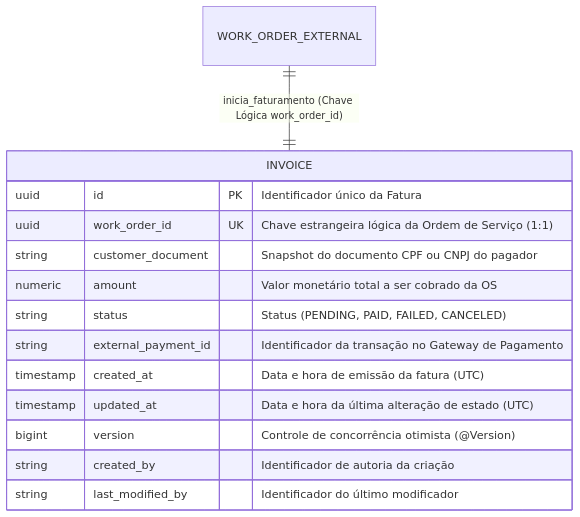
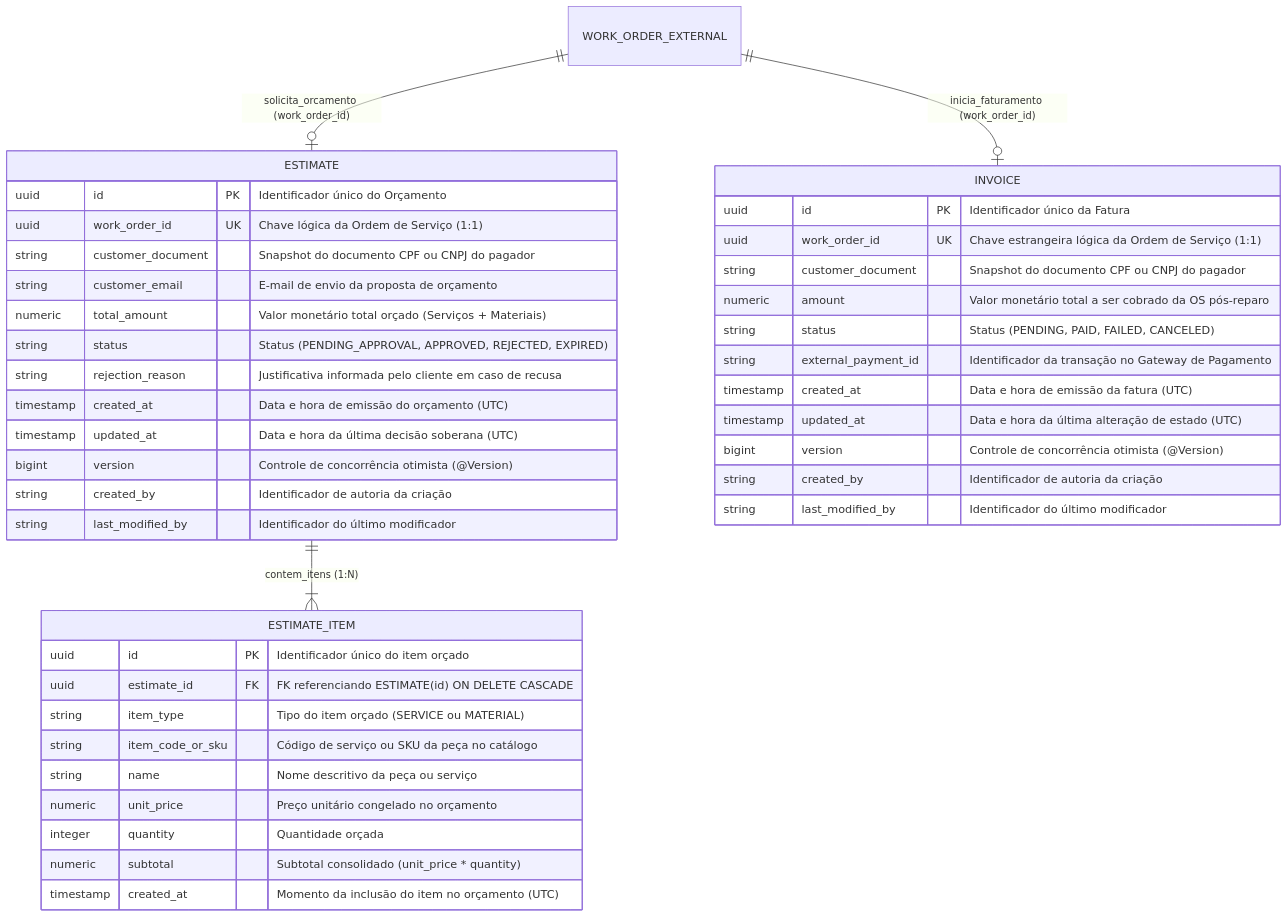
One commit to rodsordi/15soat-phase4-api-billing changed the diagram in MODEL.md. Above: the diagram before and after it, drawn with Mermaid. The commit also changed other lines of this file and 27 other files, not shown here.

````diff
--- a/MODEL.md
+++ b/MODEL.md
@@ -12,24 +12,57 @@
 ```mermaid
 erDiagram
     %% =========================================================================
-    %% Tabela de Faturas (Agregado Raiz de Cobrança)
+    %% Agregado de Orçamento Preliminar (Estimate)
+    %% =========================================================================
+    ESTIMATE {
+        uuid id PK "Identificador único do Orçamento"
+        uuid work_order_id UK "Chave lógica da Ordem de Serviço (1:1)"
+        string customer_document "Snapshot do documento CPF ou CNPJ do pagador"
+        string customer_email "E-mail de envio da proposta de orçamento"
+        numeric total_amount "Valor monetário total orçado (Serviços + Materiais)"
+        string status "Status (PENDING_APPROVAL, APPROVED, REJECTED, EXPIRED)"
+        string rejection_reason "Justificativa informada pelo cliente em caso de recusa"
+        timestamp created_at "Data e hora de emissão do orçamento (UTC)"
+        timestamp updated_at "Data e hora da última decisão soberana (UTC)"
+        bigint version "Controle de concorrência otimista (@Version)"
+        string created_by "Identificador de autoria da criação"
+        string last_modified_by "Identificador do último modificador"
+    }
+
+    ESTIMATE_ITEM {
+        uuid id PK "Identificador único do item orçado"
+        uuid estimate_id FK "FK referenciando ESTIMATE(id) ON DELETE CASCADE"
+        string item_type "Tipo do item orçado (SERVICE ou MATERIAL)"
+        string item_code_or_sku "Código de serviço ou SKU da peça no catálogo"
+        string name "Nome descritivo da peça ou serviço"
+        numeric unit_price "Preço unitário congelado no orçamento"
+        integer quantity "Quantidade orçada"
+        numeric subtotal "Subtotal consolidado (unit_price * quantity)"
+        timestamp created_at "Momento da inclusão do item no orçamento (UTC)"
+    }
+
+    ESTIMATE ||--|{ ESTIMATE_ITEM : "contem_itens (1:N)"
+
+    %% =========================================================================
+    %% Agregado Raiz de Cobrança e Pagamento (Invoice)
     %% =========================================================================
     INVOICE {
         uuid id PK "Identificador único da Fatura"
         uuid work_order_id UK "Chave estrangeira lógica da Ordem de Serviço (1:1)"
         string customer_document "Snapshot do documento CPF ou CNPJ do pagador"
-        numeric amount "Valor monetário total a ser cobrado da OS"
+        numeric amount "Valor monetário total a ser cobrado da OS pós-reparo"
         string status "Status (PENDING, PAID, FAILED, CANCELED)"
         string external_payment_id "Identificador da transação no Gateway de Pagamento"
         timestamp created_at "Data e hora de emissão da fatura (UTC)"
         timestamp updated_at "Data e hora da última alteração de estado (UTC)"
         bigint version "Controle de concorrência otimista (@Version)"
         string created_by "Identificador de autoria da criação"
         string last_modified_by "Identificador do último modificador"
     }
 
     %% =========================================================================
-    %% Relação Lógica com a Saga Distribuída
+    %% Relações Lógicas com a Saga Distribuída e Work Order
     %% =========================================================================
-    WORK_ORDER_EXTERNAL ||--|| INVOICE : "inicia_faturamento (Chave Lógica work_order_id)"
+    WORK_ORDER_EXTERNAL ||--o| ESTIMATE : "solicita_orcamento (work_order_id)"
+    WORK_ORDER_EXTERNAL ||--o| INVOICE : "inicia_faturamento (work_order_id)"
 ```
````
